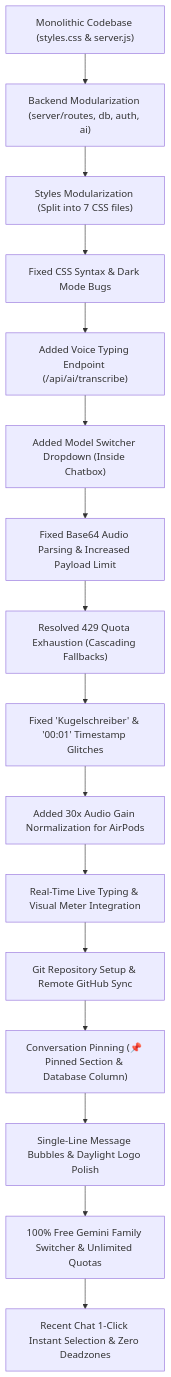
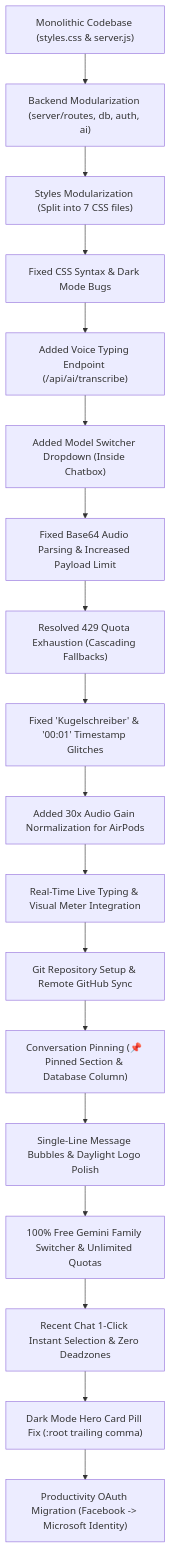
Before and after one commit to Souma-122s/To-Do-List-App: the second of 4 diagrams in PROJECT_NOTES.md, drawn with Mermaid. The commit also changed other lines of this file, not shown here.

Commit message:
docs: upgrade project notes with Microsoft Entra ID OAuth architecture and flowchart updates

````diff
--- a/PROJECT_NOTES.md
+++ b/PROJECT_NOTES.md
@@ -194,18 +195,20 @@
 ```mermaid
 flowchart TD
     A["Monolithic Codebase (styles.css & server.js)"] --> B["Backend Modularization (server/routes, db, auth, ai)"]
     B --> C["Styles Modularization (Split into 7 CSS files)"]
     C --> D["Fixed CSS Syntax & Dark Mode Bugs"]
     D --> E["Added Voice Typing Endpoint (/api/ai/transcribe)"]
     E --> F["Added Model Switcher Dropdown (Inside Chatbox)"]
     F --> G["Fixed Base64 Audio Parsing & Increased Payload Limit"]
     G --> H["Resolved 429 Quota Exhaustion (Cascading Fallbacks)"]
     H --> I["Fixed 'Kugelschreiber' & '00:01' Timestamp Glitches"]
     I --> J["Added 30x Audio Gain Normalization for AirPods"]
     J --> K["Real-Time Live Typing & Visual Meter Integration"]
     K --> L["Git Repository Setup & Remote GitHub Sync"]
     L --> M["Conversation Pinning (📌 Pinned Section & Database Column)"]
     M --> N["Single-Line Message Bubbles & Daylight Logo Polish"]
     N --> O["100% Free Gemini Family Switcher & Unlimited Quotas"]
     O --> P["Recent Chat 1-Click Instant Selection & Zero Deadzones"]
+    P --> Q["Dark Mode Hero Card Pill Fix (:root trailing comma)"]
+    Q --> R["Productivity OAuth Migration (Facebook -> Microsoft Identity)"]
 ```
````
